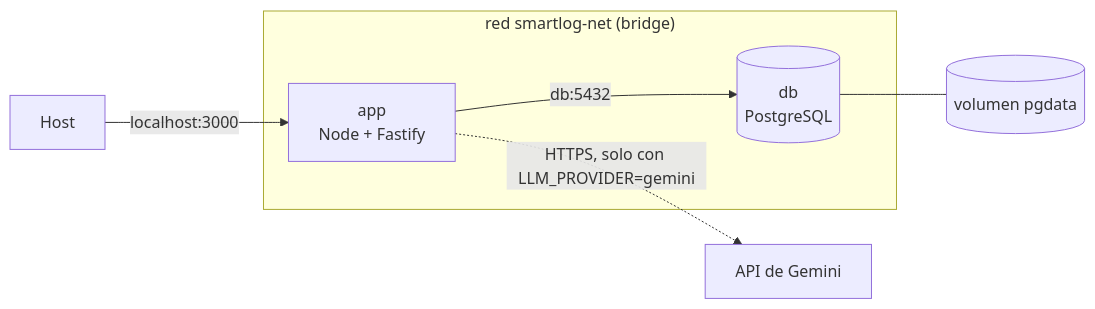
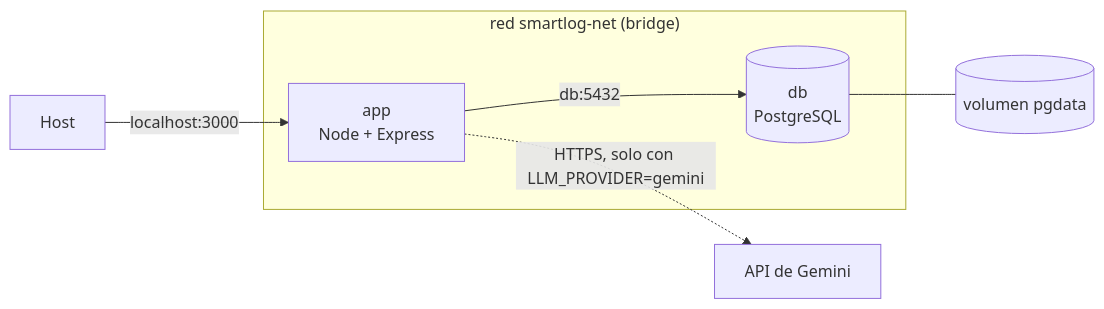
One commit to bruaguspons/smartlog-analyzer changed the diagram in docs/diagrams/containers.md. Above: the diagram before and after it, drawn with Mermaid. The commit also changed 3 other files, not shown here.

Commit message:
docs: describe the Express layered architecture

````diff
--- a/docs/diagrams/containers.md
+++ b/docs/diagrams/containers.md
@@ -5,9 +5,9 @@
 ```mermaid
 flowchart LR
     HOST[Host] -->|localhost:3000| APP
     subgraph net["red smartlog-net (bridge)"]
-        APP[app<br/>Node + Fastify] -->|db:5432| DB[(db<br/>PostgreSQL)]
+        APP[app<br/>Node + Express] -->|db:5432| DB[(db<br/>PostgreSQL)]
     end
     DB --- VOL[(volumen pgdata)]
     APP -.->|HTTPS, solo con LLM_PROVIDER=gemini| GEM[API de Gemini]
 ```
````
